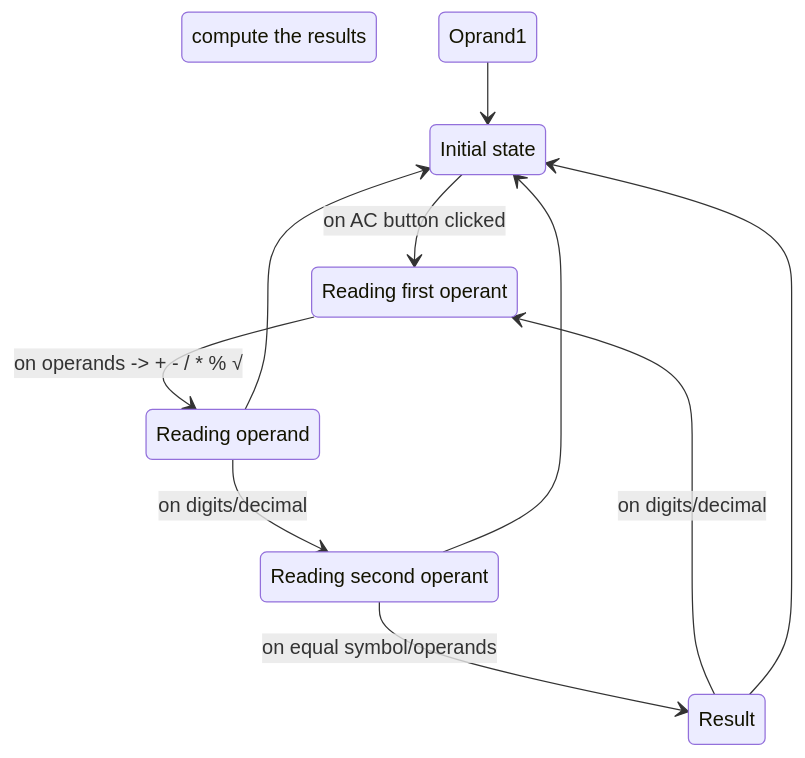
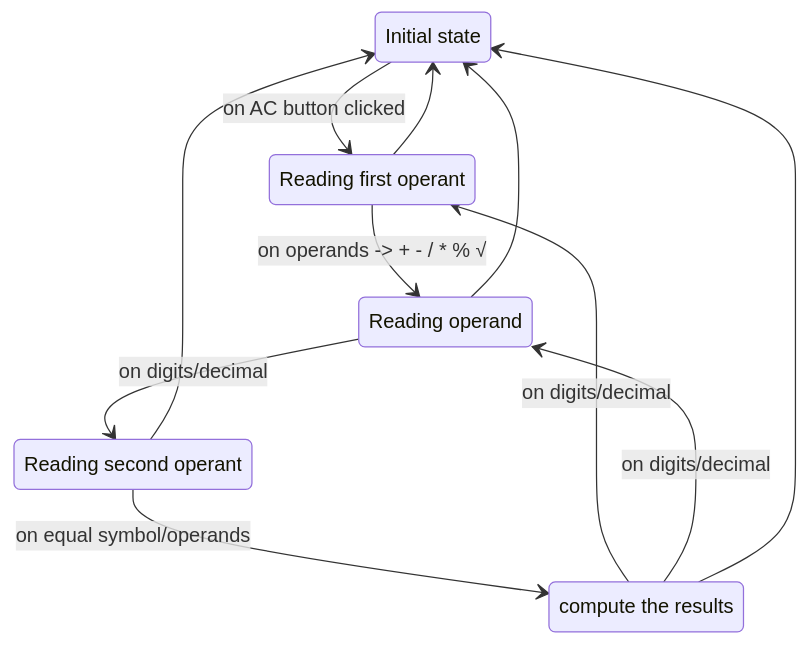
The diagram in README.md (noushad-pp/react-retro-calculator), drawn with Mermaid before and after one commit.

Commit message:
Improvements

````diff
--- a/README.md
+++ b/README.md
@@ -25,22 +25,23 @@
 ```mermaid
 stateDiagram-v2
     Off: Initial state
     Operand1: Reading first operant
     Operator: Reading operand
     Operand2: Reading second operant
-    Resulr: compute the results
+    Result: compute the results
 
     Off --> Operand1: on AC button clicked
 
-    Oprand1 --> Off
+    Operand1 --> Off
     Operand1 --> Operator: on operands -> + - / * % √
 
     Operator --> Off
     Operator --> Operand2: on digits/decimal
 
     Operand2 --> Off
     Operand2 --> Result: on equal symbol/operands
 
     Result --> Operand1: on digits/decimal
+    Result --> Operator: on digits/decimal
     Result --> Off
 ```
````
